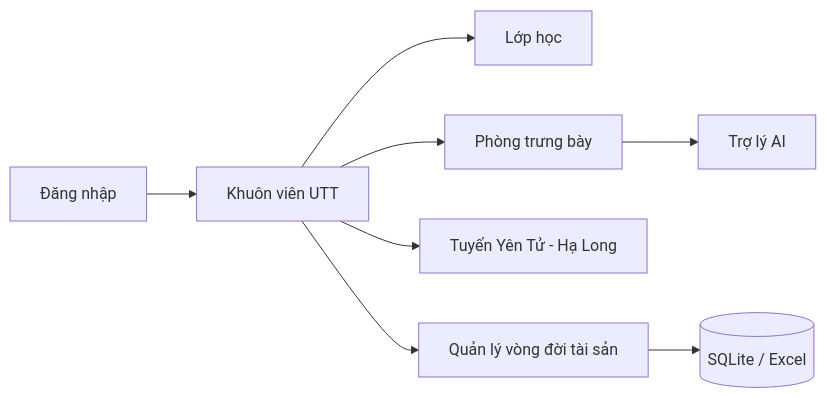
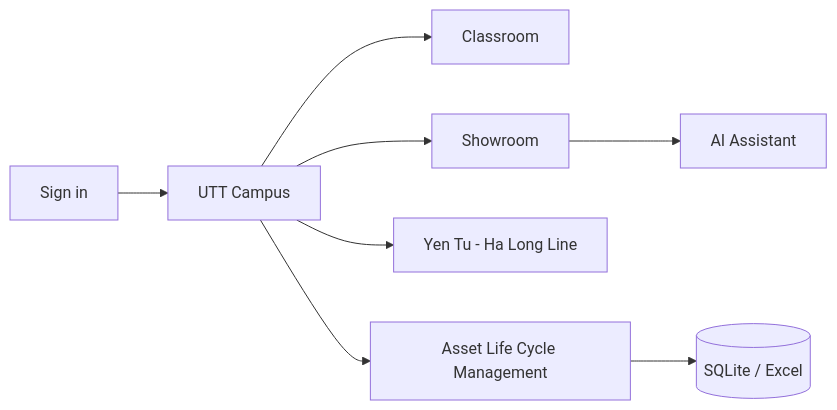
One commit to hptip/RailEduVerse-Digital-Railway-Education-Simulation-Platform changed the diagram in README.md. Above: the diagram before and after it, drawn with Mermaid. The commit also changed other lines of this file, not shown here.

````diff
--- a/README.md
+++ b/README.md
@@ -117,10 +114,10 @@
 ```mermaid
 flowchart LR
-    A["Đăng nhập"] --> B["Khuôn viên UTT"]
-    B --> C["Lớp học"]
-    B --> D["Phòng trưng bày"]
-    B --> E["Tuyến Yên Tử - Hạ Long"]
-    B --> F["Quản lý vòng đời tài sản"]
-    D --> G["Trợ lý AI"]
+    A["Sign in"] --> B["UTT Campus"]
+    B --> C["Classroom"]
+    B --> D["Showroom"]
+    B --> E["Yen Tu - Ha Long Line"]
+    B --> F["Asset Life Cycle Management"]
+    D --> G["AI Assistant"]
     F --> H[("SQLite / Excel")]
 ```
````
